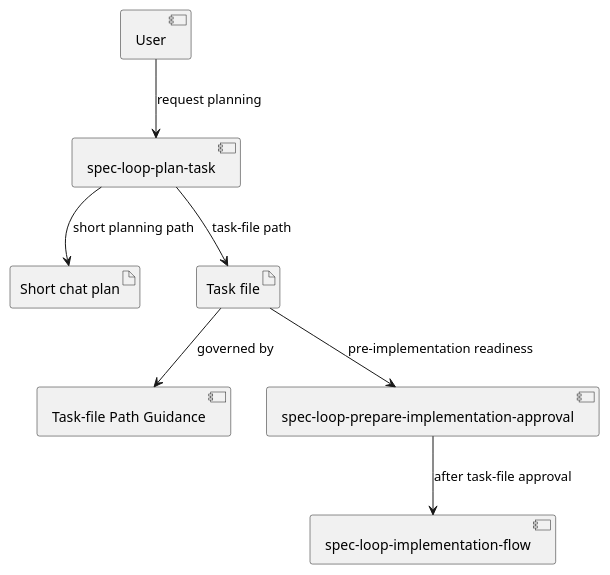
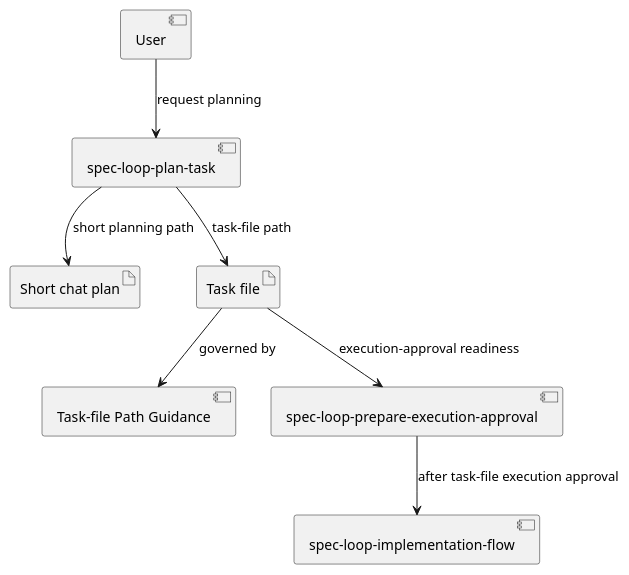
Before and after one commit to dpolivaev/spec-loop: the first of 3 diagrams in tasks/review/unify-fileless-and-task-semantics.md, drawn with PlantUML. The commit also changed other lines of this file and 17 other files, not shown here.

Commit message:
Rename execution approval preparation skill

````diff
--- a/tasks/review/unify-fileless-and-task-semantics.md
+++ b/tasks/review/unify-fileless-and-task-semantics.md
@@ -58,18 +58,18 @@
   ```plantuml
   @startuml
   component User
   component "spec-loop-plan-task" as PlanTask
   artifact "Short chat plan" as ShortChatPlan
   artifact "Task file" as TaskFile
   component "Task-file Path Guidance" as TaskFileGuidance
-  component "spec-loop-prepare-implementation-approval" as PrepareApproval
+  component "spec-loop-prepare-execution-approval" as PrepareApproval
   component "spec-loop-implementation-flow" as ImplementationFlow
 
   User --> PlanTask : request planning
   PlanTask --> ShortChatPlan : short planning path
   PlanTask --> TaskFile : task-file path
   TaskFile --> TaskFileGuidance : governed by
-  TaskFile --> PrepareApproval : pre-implementation readiness
-  PrepareApproval --> ImplementationFlow : after task-file approval
+  TaskFile --> PrepareApproval : execution-approval readiness
+  PrepareApproval --> ImplementationFlow : after task-file execution approval
   @enduml
   ```
````
